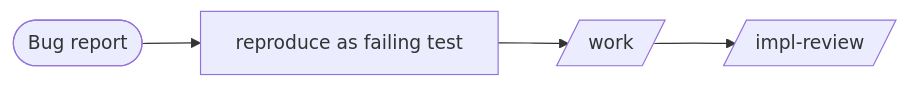
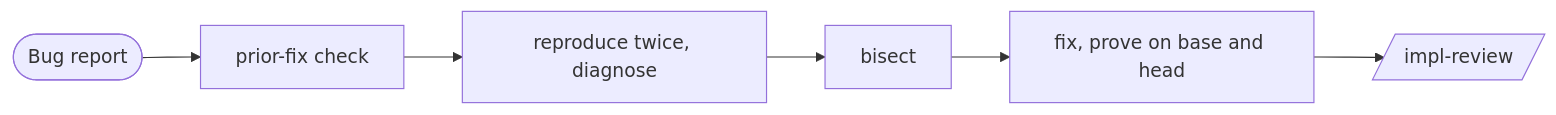
The fourth of 5 diagrams in plugins/flow-next/codex/docs/flow-next/pipeline-variations.md (gmickel/flow-next), drawn with Mermaid before and after one commit. The commit also changed other lines of this file and 17 other files, not shown here.

First line of the commit message:
feat(flow): defect route v2 - prior fixes, diagnosis, bisect, base vs head

````diff
--- a/plugins/flow-next/codex/docs/flow-next/pipeline-variations.md
+++ b/plugins/flow-next/codex/docs/flow-next/pipeline-variations.md
@@ -119,4 +119,4 @@
 ```mermaid
 flowchart LR
-    R([Bug report]) --> Repro[reproduce as failing test] --> W[/work/] --> Rev[/impl-review/]
+    R([Bug report]) --> P[prior-fix check] --> D[reproduce twice, diagnose] --> B[bisect] --> F[fix, prove on base and head] --> Rev[/impl-review/]
 ```
````
